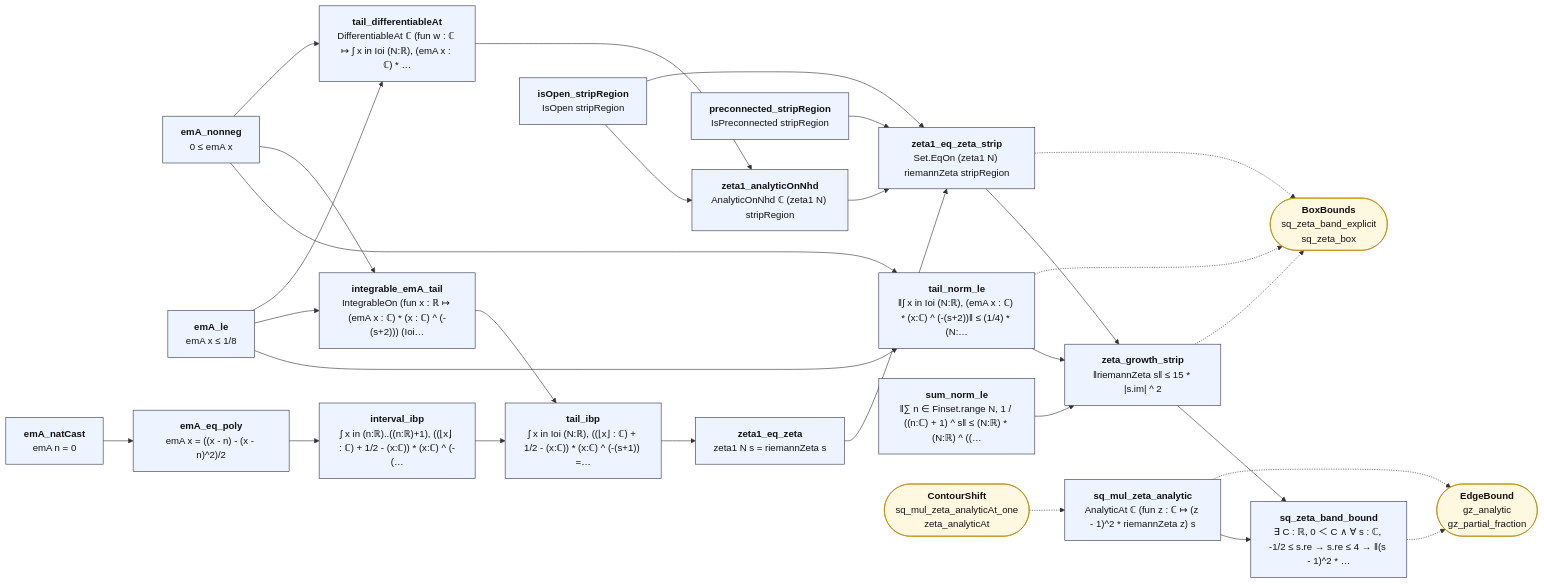
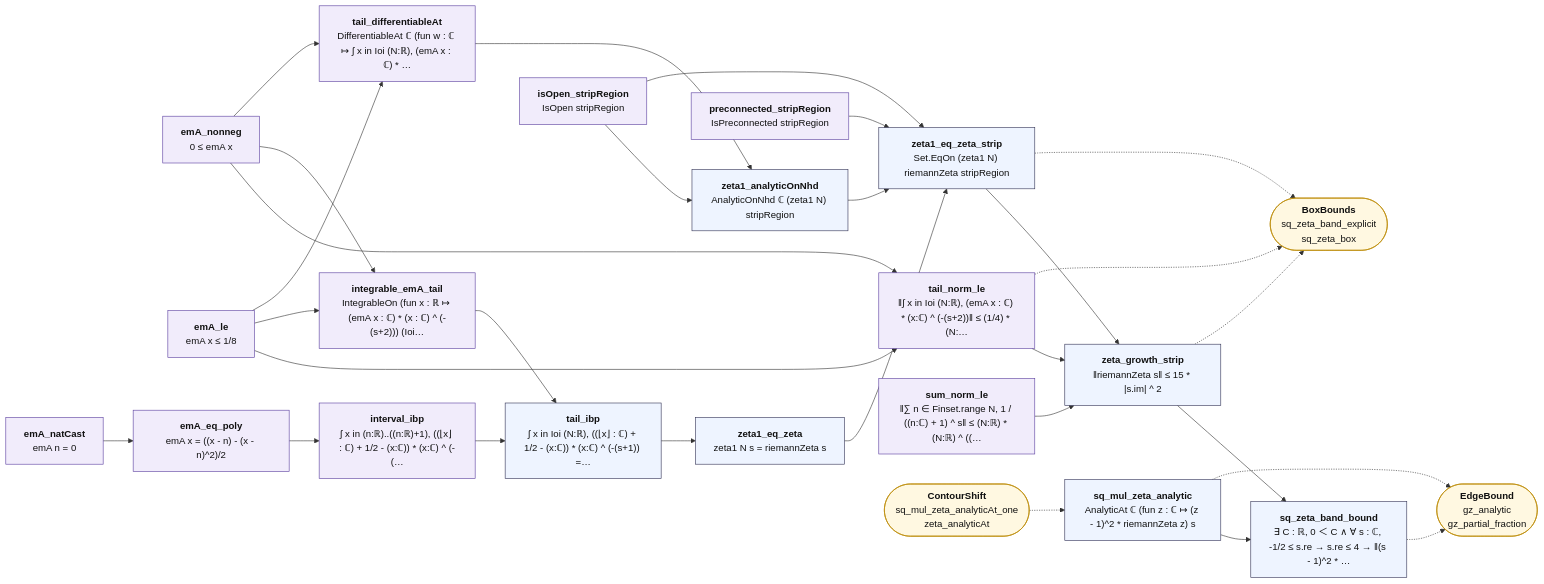
One commit to juliansambranojr/Primebeat_081426 changed the diagram in map/lean_stage3/ZetaGrowth.md. Above: the diagram before and after it, drawn with Mermaid. The commit also changed other lines of this file and 398 other files, not shown here.

````diff
--- a/map/lean_stage3/ZetaGrowth.md
+++ b/map/lean_stage3/ZetaGrowth.md
@@ -12,57 +12,60 @@
 ```mermaid
 flowchart LR
-  n0["<b>emA_nonneg</b><br/>0 ≤ emA x"]:::thm
-  n1["<b>emA_le</b><br/>emA x ≤ 1/8"]:::thm
-  n2["<b>emA_natCast</b><br/>emA n = 0"]:::thm
-  n3["<b>emA_eq_poly</b><br/>emA x = ((x - n) - (x - n)^2)/2"]:::thm
-  n4["<b>integrable_emA_tail</b><br/>IntegrableOn (fun x : ℝ ↦ (emA x : ℂ) * (x : ℂ) ^ (-(s+2))) (Ioi…"]:::thm
-  n5["<b>interval_ibp</b><br/>∫ x in (n:ℝ)..((n:ℝ)+1), ((⌊x⌋ : ℂ) + 1/2 - (x:ℂ)) * (x:ℂ) ^ (-(…"]:::thm
+  n0["<b>emA_nonneg</b><br/>0 ≤ emA x"]:::shp
+  n1["<b>emA_le</b><br/>emA x ≤ 1/8"]:::shp
+  n2["<b>emA_natCast</b><br/>emA n = 0"]:::shp
+  n3["<b>emA_eq_poly</b><br/>emA x = ((x - n) - (x - n)^2)/2"]:::shp
+  n4["<b>integrable_emA_tail</b><br/>IntegrableOn (fun x : ℝ ↦ (emA x : ℂ) * (x : ℂ) ^ (-(s+2))) (Ioi…"]:::shp
+  n5["<b>interval_ibp</b><br/>∫ x in (n:ℝ)..((n:ℝ)+1), ((⌊x⌋ : ℂ) + 1/2 - (x:ℂ)) * (x:ℂ) ^ (-(…"]:::shp
   n6["<b>tail_ibp</b><br/>∫ x in Ioi (N:ℝ), ((⌊x⌋ : ℂ) + 1/2 - (x:ℂ)) * (x:ℂ) ^ (-(s+1)) =…"]:::thm
   n7["<b>zeta1_eq_zeta</b><br/>zeta1 N s = riemannZeta s"]:::thm
-  n8["<b>tail_differentiableAt</b><br/>DifferentiableAt ℂ (fun w : ℂ ↦ ∫ x in Ioi (N:ℝ), (emA x : ℂ) * …"]:::thm
-  n9["<b>isOpen_stripRegion</b><br/>IsOpen stripRegion"]:::thm
-  n10["<b>preconnected_stripRegion</b><br/>IsPreconnected stripRegion"]:::thm
+  n8["<b>tail_differentiableAt</b><br/>DifferentiableAt ℂ (fun w : ℂ ↦ ∫ x in Ioi (N:ℝ), (emA x : ℂ) * …"]:::shp
+  n9["<b>isOpen_stripRegion</b><br/>IsOpen stripRegion"]:::shp
+  n10["<b>preconnected_stripRegion</b><br/>IsPreconnected stripRegion"]:::shp
   n11["<b>zeta1_analyticOnNhd</b><br/>AnalyticOnNhd ℂ (zeta1 N) stripRegion"]:::thm
   n12["<b>zeta1_eq_zeta_strip</b><br/>Set.EqOn (zeta1 N) riemannZeta stripRegion"]:::thm
-  n13["<b>tail_norm_le</b><br/>‖∫ x in Ioi (N:ℝ), (emA x : ℂ) * (x:ℂ) ^ (-(s+2))‖ ≤ (1/4) * (N:…"]:::thm
-  n14["<b>sum_norm_le</b><br/>‖∑ n ∈ Finset.range N, 1 / ((n:ℂ) + 1) ^ s‖ ≤ (N:ℝ) * (N:ℝ) ^ ((…"]:::thm
+  n13["<b>tail_norm_le</b><br/>‖∫ x in Ioi (N:ℝ), (emA x : ℂ) * (x:ℂ) ^ (-(s+2))‖ ≤ (1/4) * (N:…"]:::shp
+  n14["<b>sum_norm_le</b><br/>‖∑ n ∈ Finset.range N, 1 / ((n:ℂ) + 1) ^ s‖ ≤ (N:ℝ) * (N:ℝ) ^ ((…"]:::shp
   n15["<b>zeta_growth_strip</b><br/>‖riemannZeta s‖ ≤ 15 * |s.im| ^ 2"]:::thm
   n16["<b>sq_mul_zeta_analytic</b><br/>AnalyticAt ℂ (fun z : ℂ ↦ (z - 1)^2 * riemannZeta z) s"]:::thm
   n17["<b>sq_zeta_band_bound</b><br/>∃ C : ℝ, 0 ＜ C ∧ ∀ s : ℂ, -1/2 ≤ s.re → s.re ≤ 4 → ‖(s - 1)^2 * …"]:::thm
   x0(["<b>BoxBounds</b><br/>sq_zeta_band_explicit<br/>sq_zeta_box"]):::ext
   x1(["<b>ContourShift</b><br/>sq_mul_zeta_analyticAt_one<br/>zeta_analyticAt"]):::ext
   x2(["<b>EdgeBound</b><br/>gz_analytic<br/>gz_partial_fraction"]):::ext
   n0 --> n13
   n0 --> n4
   n0 --> n8
   n1 --> n13
   n1 --> n4
   n1 --> n8
   n10 --> n12
   n11 --> n12
   n12 --> n15
   n13 --> n15
   n14 --> n15
   n15 --> n17
   n16 --> n17
   n2 --> n3
   n3 --> n5
   n4 --> n6
   n5 --> n6
   n6 --> n7
   n7 --> n12
   n8 --> n11
   n9 --> n11
   n9 --> n12
   n12 -.-> x0
   n13 -.-> x0
   n15 -.-> x0
   n16 -.-> x2
   n17 -.-> x2
   x1 -.-> n16
+  classDef cnt fill:#dff5ec,stroke:#17694a,color:#111
+  classDef shp fill:#f1ecfb,stroke:#5b3fa0,color:#111
+  classDef rh fill:#ffe5e5,stroke:#c22,color:#111,stroke-width:2px
   classDef thm fill:#eef4ff,stroke:#335,color:#111
   classDef end_ fill:#e7f7e7,stroke:#2a7,color:#111,stroke-width:2px
   classDef lone fill:#fff,stroke:#999,color:#111,stroke-dasharray:4 3
   classDef bad fill:#ffe5e5,stroke:#c22,color:#111,stroke-width:2px
   classDef ext fill:#fff8e1,stroke:#b80,color:#111
 ```
````
